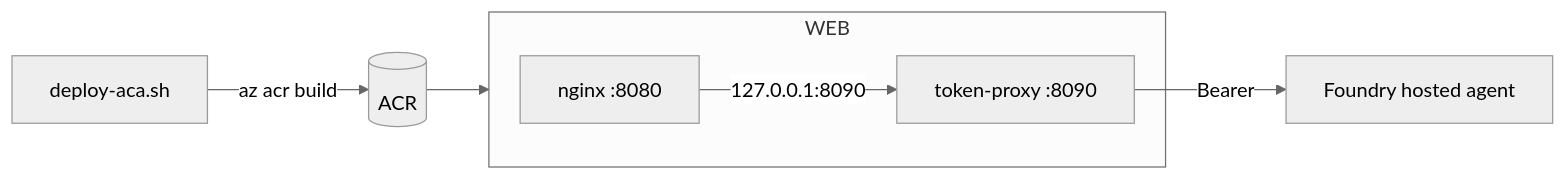
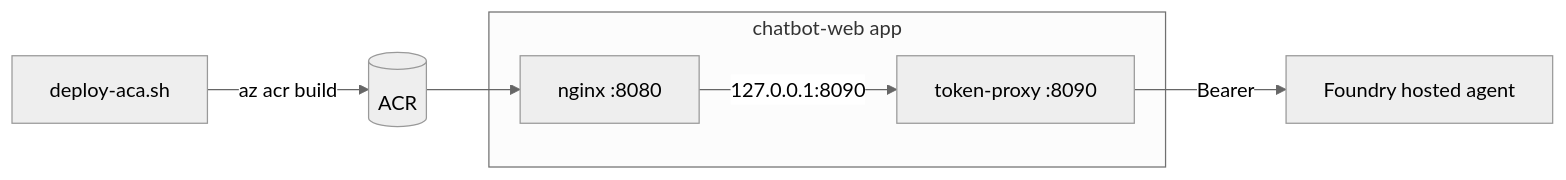
The fourth of 4 diagrams in docs/architecture.md (michaelsrichter/nasuni-azure-assistant), drawn with Mermaid (neutral theme) before and after one commit. The commit also changed other lines of this file and 32 other files, not shown here.

Commit message:
Reposition demo as Nasuni-on-Azure assistant; branded mobile-first UI, themes, history, architecture page, telemetry; remove dead backend

````diff
--- a/docs/architecture.md
+++ b/docs/architecture.md
@@ -160,11 +160,11 @@
 ```mermaid
 flowchart LR
     Dev[deploy-aca.sh] -->|az acr build| ACR[(ACR)]
-    ACR --> WEB[chatbot-web app]
-    subgraph WEB
+    subgraph WEB["chatbot-web app"]
       NGX[nginx :8080]
       PRX[token-proxy :8090]
     end
+    ACR --> NGX
     NGX -- 127.0.0.1:8090 --> PRX
     PRX -- Bearer --> FA[Foundry hosted agent]
 ```
````
